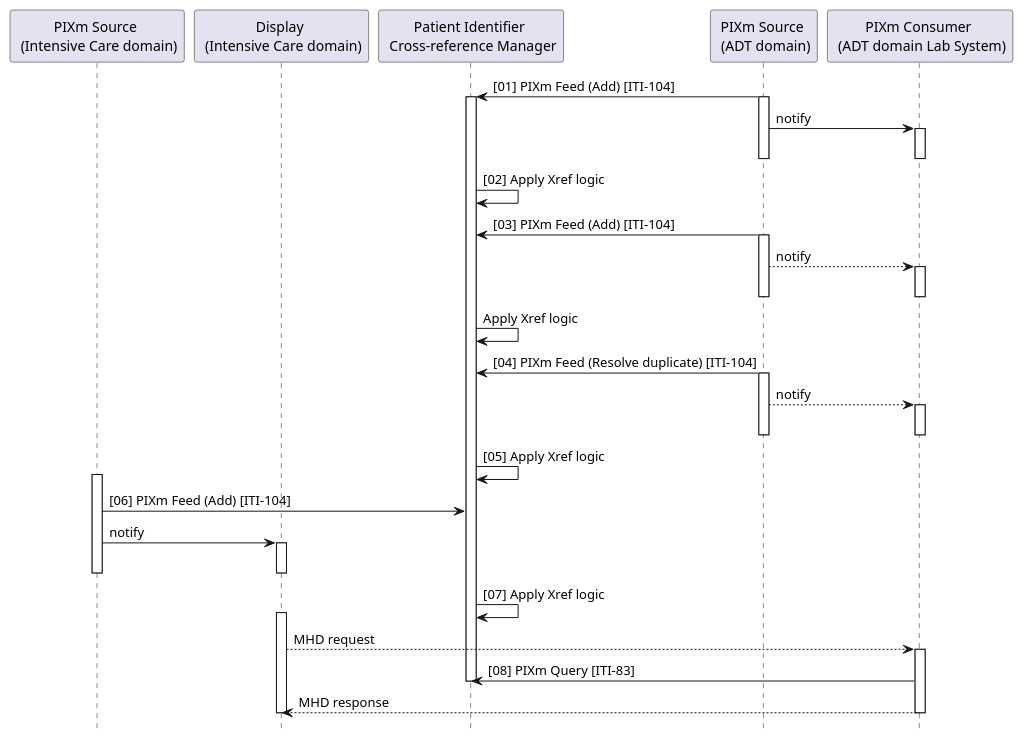
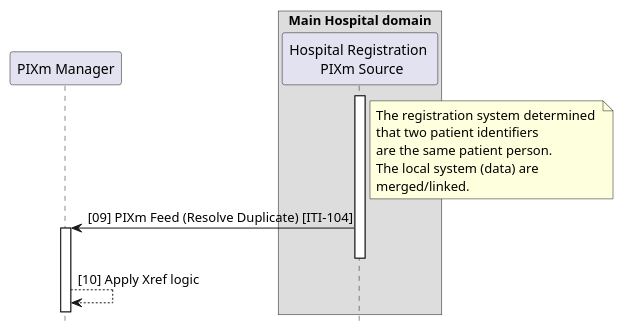
Before and after one commit to IHE/ITI.PIXm: the diagram in input/images-source/uc_3.plantuml, drawn with PlantUML. The commit also changed 5 other files, not shown here.

```diff
--- a/input/images-source/uc_3.plantuml
+++ b/input/images-source/uc_3.plantuml
@@ -1,63 +1,24 @@
 @startuml
 hide footbox
 
-participant "PIXm Source \n (Intensive Care domain)" as Source1
-participant "Display \n (Intensive Care domain)" as Display
-participant "Patient Identifier \n Cross-reference Manager" as Manager
-participant "PIXm Source \n (ADT domain)" as Source2
-participant "PIXm Consumer \n (ADT domain Lab System)" as Lab
+participant "PIXm Manager" as Manager
+box Main Hospital domain
+ participant "Hospital Registration \n PIXm Source" as Source2
+endbox
 
-Source2 -> Manager: [01] PIXm Feed (Add) [ITI-104]
+activate Source2
+
+Note right of Source2
+The registration system determined 
+that two patient identifiers 
+are the same patient person.
+The local system (data) are 
+merged/linked. 
+endnote
+
+Source2 -> Manager: [09] PIXm Feed (Resolve Duplicate) [ITI-104]
 activate Manager
-activate Source2
-Source2 -> Lab: notify
-activate Lab
 deactivate Source2
-deactivate Lab
-Manager -> Manager: [02] Apply Xref logic
 
-Source2 -> Manager: [03] PIXm Feed (Add) [ITI-104]
-activate Source2
-Source2 --> Lab: notify
-activate Lab
-deactivate Source2
-deactivate Lab
-Manager -> Manager: Apply Xref logic
-
-Source2 -> Manager: [04] PIXm Feed (Resolve duplicate) [ITI-104]
-activate Source2
-Source2 --> Lab: notify
-activate Lab
-deactivate Source2
-deactivate Lab
-Manager -> Manager: [05] Apply Xref logic
-
-activate Source1
-
-Source1 -> Manager: [06] PIXm Feed (Add) [ITI-104]
-
-Source1 -> Display: notify
-activate Display
-deactivate Display
-
-deactivate Source1
-
-Manager -> Manager: [07] Apply Xref logic
-
-activate Display
-
-Display --> Lab: MHD request
-activate Lab
-
-Lab -> Manager: [08] PIXm Query [ITI-83]
-deactivate Manager
-
-Lab --> Display: MHD response
-
-deactivate Display
-deactivate Lab
-
-deactivate Manager
-
-
+Manager --> Manager: [10] Apply Xref logic
 @enduml
```
